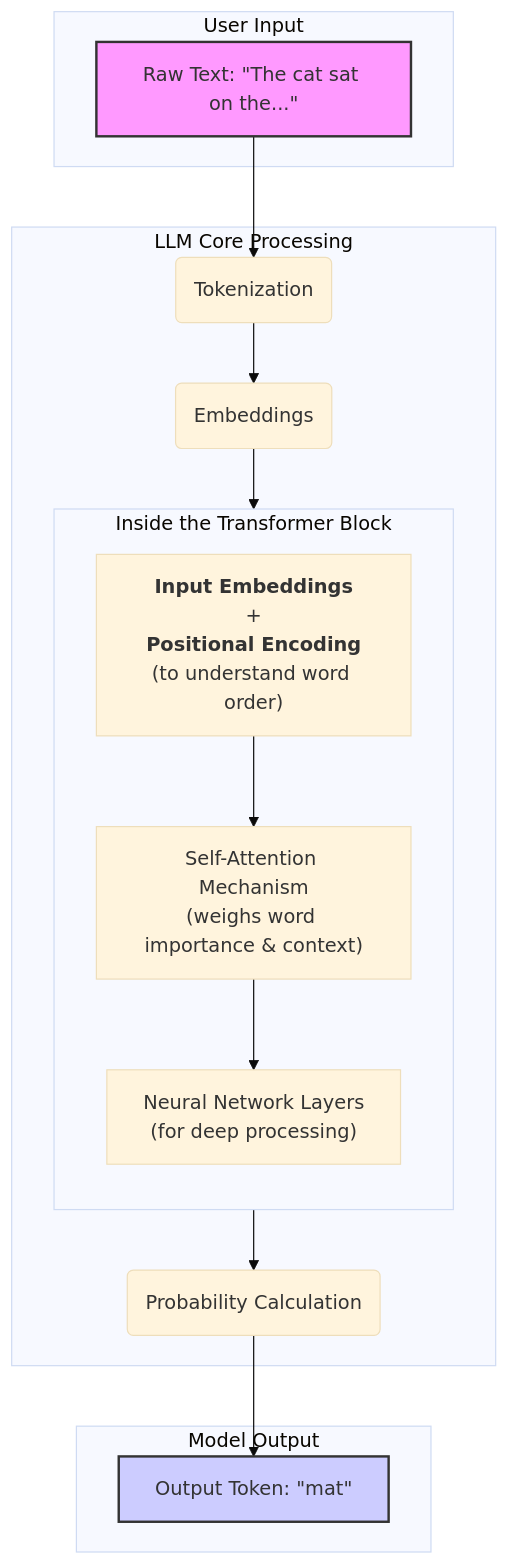
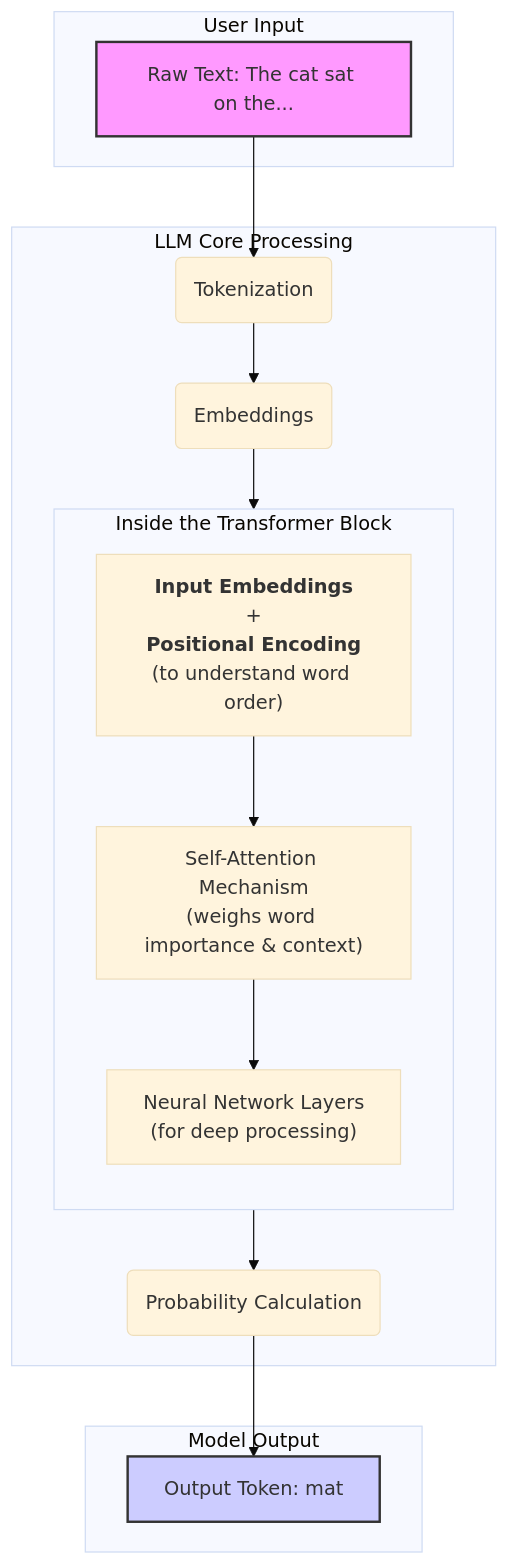
Before and after one commit to zhu-weijie/my-static-blog: the first of 4 diagrams in content/2025-09-10-llm.md, drawn with Mermaid (base theme). The commit also changed 3 other files, not shown here.

````diff
--- a/content/2025-09-10-llm.md
+++ b/content/2025-09-10-llm.md
@@ -13,30 +13,30 @@
 ```mermaid
 graph TD
     subgraph "User Input"
-        A[Raw Text: &quot;The cat sat on the...&quot;]
+        A[Raw Text: The cat sat on the...]
     end
 
     subgraph "LLM Core Processing"
         B(Tokenization) --> C(Embeddings);
         
         subgraph "Inside the Transformer Block"
             direction TB
             D["<b>Input Embeddings</b><br/>+<br/><b>Positional Encoding</b><br/>(to understand word order)"];
             E["Self-Attention Mechanism<br/>(weighs word importance & context)"];
             F["Neural Network Layers<br/>(for deep processing)"];
             D --> E --> F;
         end
         
         C --> D;
         F --> G(Probability Calculation);
     end
 
     subgraph "Model Output"
-        G --> H[Output Token: &quot;mat&quot;];
+        G --> H[Output Token: mat];
     end
 
     A --> B;
 
     style A fill:#f9f,stroke:#333,stroke-width:2px
     style H fill:#ccf,stroke:#333,stroke-width:2px
 ```
````
